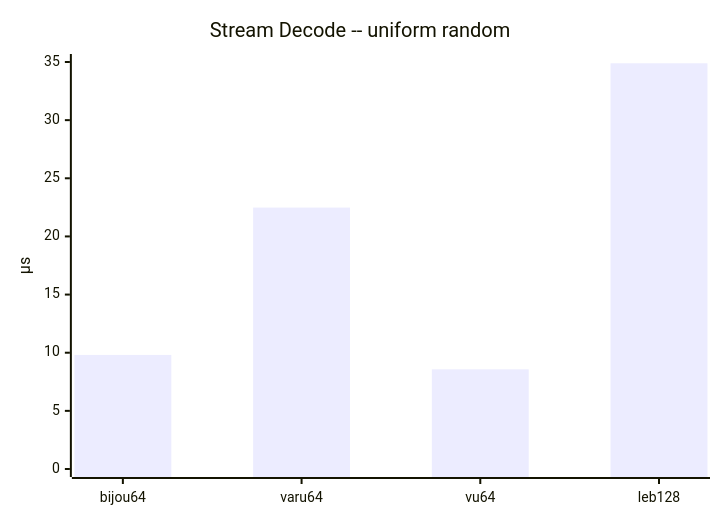
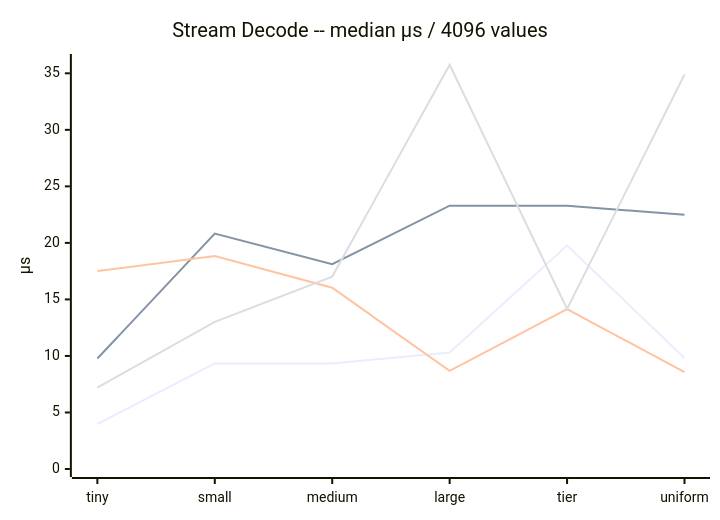
The fourth of 5 diagrams in bijou64/SHOOTOUT_ANALYSIS.md (inkandswitch/subduction), drawn with Mermaid before and after one commit. The commit also changed other lines of this file, not shown here.

````diff
--- a/bijou64/SHOOTOUT_ANALYSIS.md
+++ b/bijou64/SHOOTOUT_ANALYSIS.md
@@ -184,7 +112,10 @@
 ```mermaid
 xychart-beta
-    title "Stream Decode -- uniform random"
-    x-axis ["bijou64", "varu64", "vu64", "leb128"]
-    y-axis "µs" 0 --> 35
-    bar [9.81, 22.48, 8.57, 34.89]
+    title "Stream Decode -- median µs / 4096 values"
+    x-axis ["tiny", "small", "medium", "large", "tier", "uniform"]
+    y-axis "µs" 0 --> 36
+    line [3.98, 9.34, 9.34, 10.31, 19.76, 9.81]
+    line [9.77, 20.82, 18.12, 23.29, 23.28, 22.48]
+    line [17.51, 18.84, 16.03, 8.68, 14.14, 8.57]
+    line [7.20, 13.02, 17.02, 35.76, 14.15, 34.89]
 ```
````
